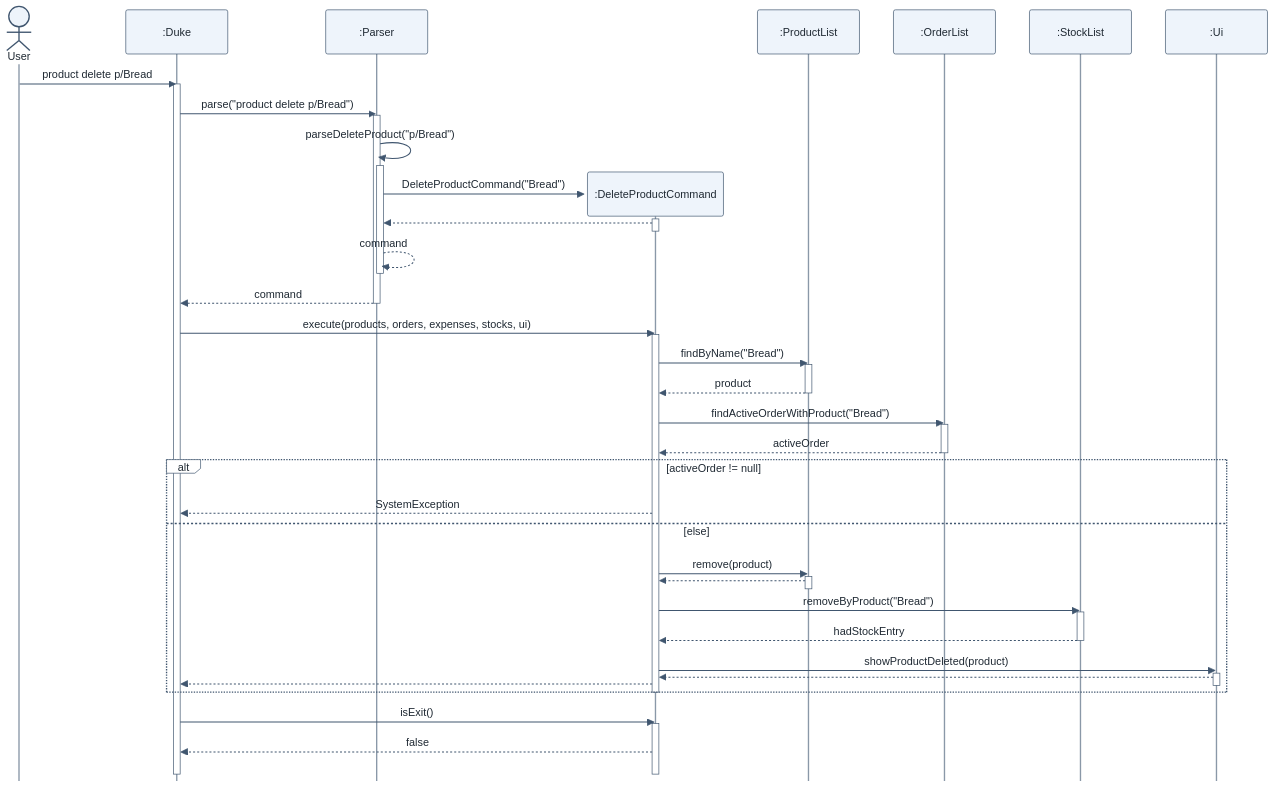
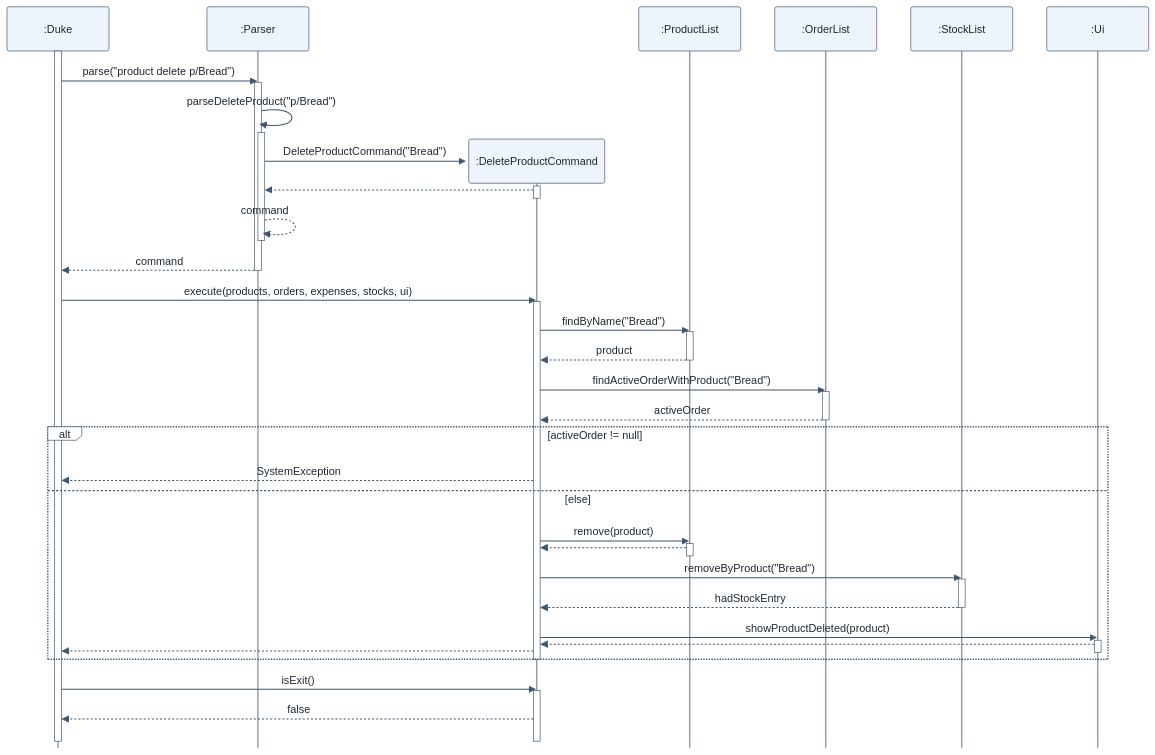
Before and after one commit to AY2627S1-CS2113-T11-1/tp: the diagram in docs/diagrams/product-delete.mmd, drawn with Mermaid. The commit also changed 3 other files, not shown here.

Commit message:
Remove render script and user actor from product delete diagram

```diff
--- a/docs/diagrams/product-delete.mmd
+++ b/docs/diagrams/product-delete.mmd
@@ -1,64 +1,62 @@
 %%{init: {"sequence": {"mirrorActors": false}, "themeCSS": ".actor-line { stroke-dasharray: 5 5; } .loopLine { stroke-dasharray: none; stroke-width: 1.5px; }", "themeVariables": {"fontSize": "16px", "actorBkg": "#eef4fb", "actorBorder": "#40566f", "actorTextColor": "#1f2933", "actorLineColor": "#8a98a8", "signalColor": "#40566f", "signalTextColor": "#1f2933", "activationBkgColor": "#ffffff", "activationBorderColor": "#40566f", "labelBoxBkgColor": "#ffffff", "labelBoxBorderColor": "#40566f", "labelTextColor": "#1f2933", "loopTextColor": "#1f2933"}}}%%
 sequenceDiagram
     %% Deleting "Bread" with `product delete p/Bread`.
-    %% Mermaid cannot draw UML's destroy marker, so docs/diagrams/render.py adds the X where
-    %% :DeleteProductCommand's lifeline ends. Re-render with: python3 docs/diagrams/render.py product-delete
-    actor User
+    %% Mermaid cannot draw UML's destroy marker, so after rendering, the X at the end of
+    %% :DeleteProductCommand's lifeline (and the end of its last activation bar) was added to the SVG by hand.
     participant D as :Duke
     participant P as :Parser
 
-    User->>D: product delete p/Bread
     activate D
     D->>P: parse("product delete p/Bread")
     activate P
     P->>P: parseDeleteProduct("p/Bread")
     activate P
     create participant C as :DeleteProductCommand
     P->>C: DeleteProductCommand("Bread")
     activate C
     C-->>P: 
     deactivate C
     P-->>P: command
     deactivate P
     P-->>D: command
     deactivate P
 
     D->>C: execute(products, orders, expenses, stocks, ui)
     activate C
     participant PL as :ProductList
     participant OL as :OrderList
     participant SL as :StockList
     participant UI as :Ui
     C->>PL: findByName("Bread")
     activate PL
     PL-->>C: product
     deactivate PL
     C->>OL: findActiveOrderWithProduct("Bread")
     activate OL
     OL-->>C: activeOrder
     deactivate OL
 
     alt activeOrder != null
         C-->>D: SystemException
     else else
         C->>PL: remove(product)
         activate PL
         PL-->>C: 
         deactivate PL
         C->>SL: removeByProduct("Bread")
         activate SL
         SL-->>C: hadStockEntry
         deactivate SL
         C->>UI: showProductDeleted(product)
         activate UI
         UI-->>C: 
         deactivate UI
         C-->>D: 
     end
     deactivate C
     D->>C: isExit()
     activate C
     destroy C
     C-->>D: false
     deactivate C
     deactivate D
```
